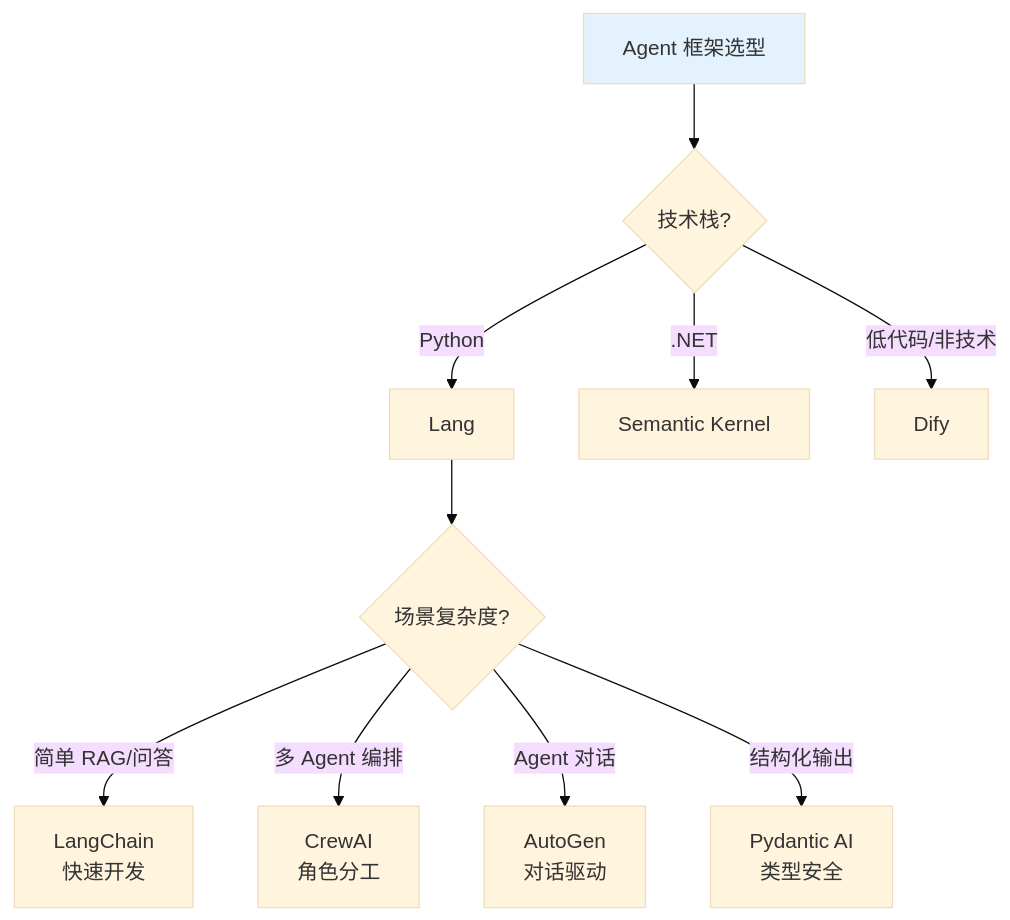
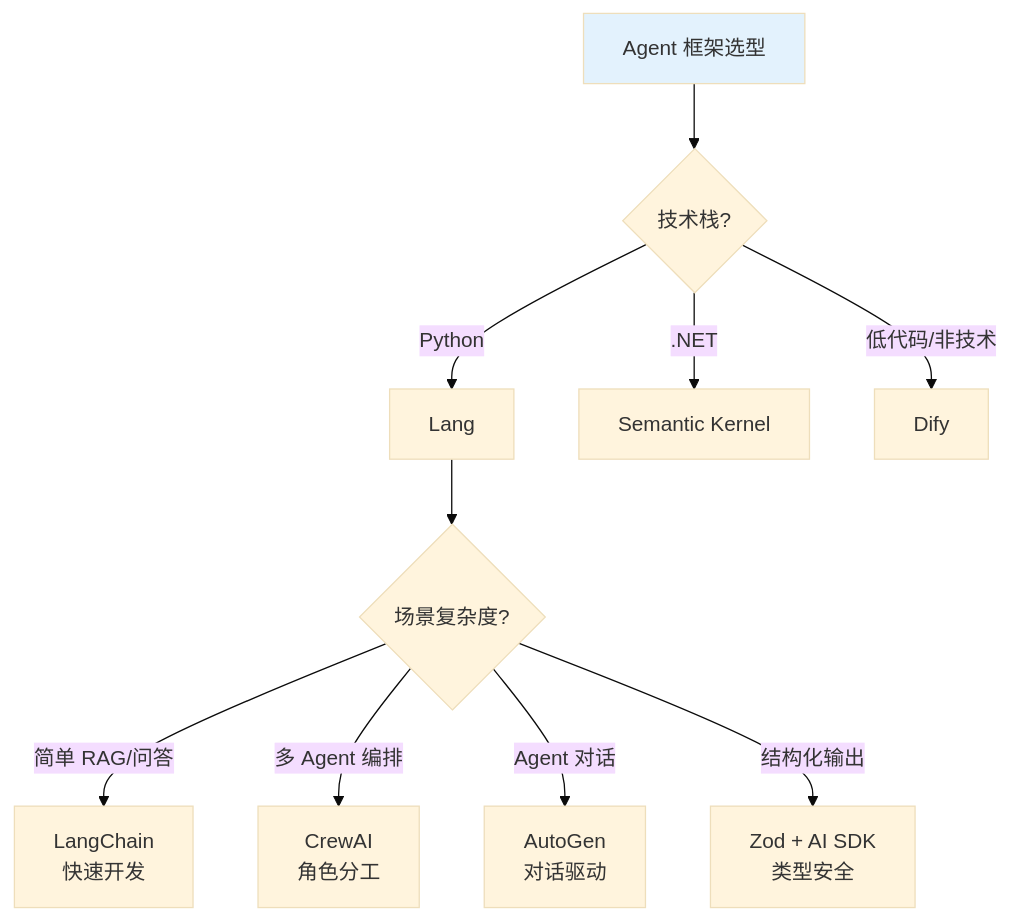
One commit to KMaybe01/common changed diagram 11 of 13 in S5-AI/13-框架工具链篇.md. Above: the diagram before and after it, drawn with Mermaid (base theme). The commit also changed other lines of this file, not shown here.

````diff
--- a/S5-AI/13-框架工具链篇.md
+++ b/S5-AI/13-框架工具链篇.md
@@ -529,15 +536,15 @@
 ```mermaid
 graph TD
     Selection["Agent 框架选型"] --> TechStack{"技术栈?"}
     TechStack -->|Python| Lang
     TechStack -->|.NET| SK["Semantic Kernel"]
     TechStack -->|低代码/非技术| Dify
     
     Lang --> Complexity{"场景复杂度?"}
     Complexity -->|简单 RAG/问答| LangChain["LangChain<br/>快速开发"]
     Complexity -->|多 Agent 编排| CrewAI["CrewAI<br/>角色分工"]
     Complexity -->|Agent 对话| AutoGen["AutoGen<br/>对话驱动"]
-    Complexity -->|结构化输出| Pydantic["Pydantic AI<br/>类型安全"]
+    Complexity -->|结构化输出| ZodAI["Zod + AI SDK<br/>类型安全"]
     
     style Selection fill:#e3f2fd
 ```
````
